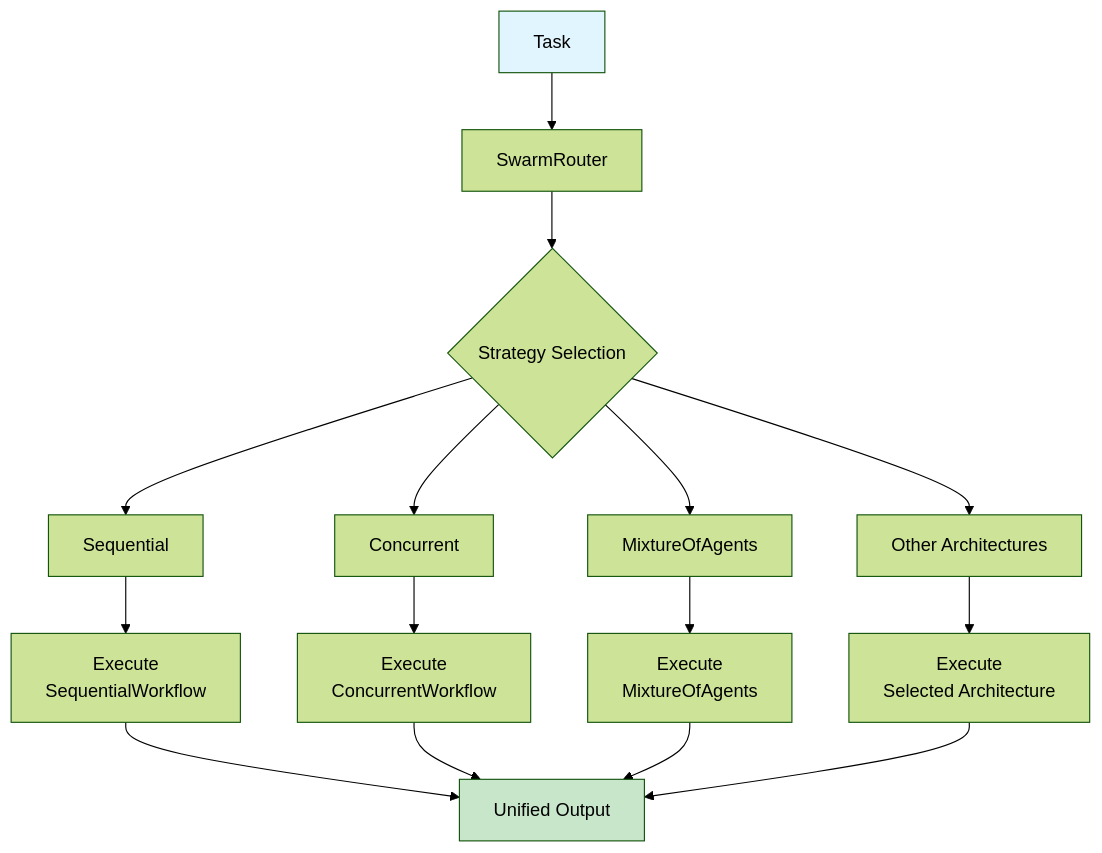
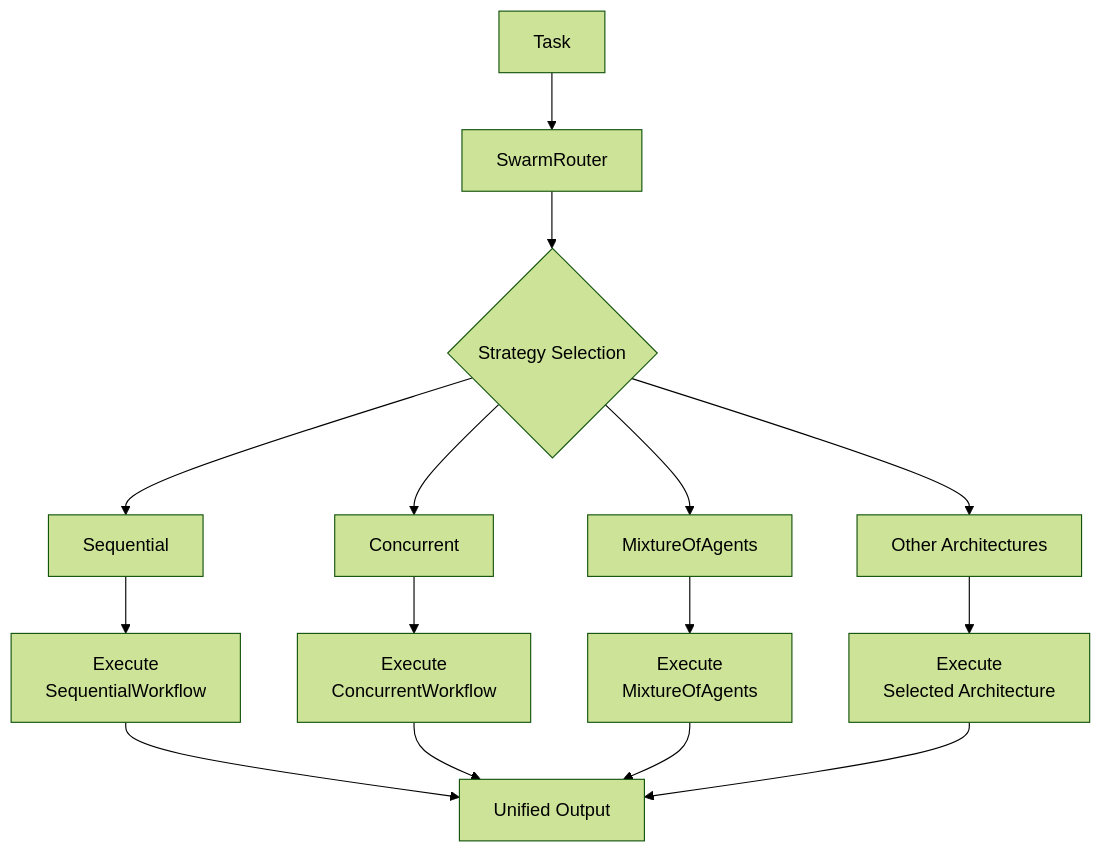
One commit to kyegomez/swarms changed the tenth of 12 diagrams in docs/swarms/concept/how_to_choose_swarms.md. Above: the diagram before and after it, drawn with Mermaid (forest theme). The commit also changed other lines of this file, not shown here.

````diff
--- a/docs/swarms/concept/how_to_choose_swarms.md
+++ b/docs/swarms/concept/how_to_choose_swarms.md
@@ -910,23 +892,21 @@
 ```mermaid
 graph TD
     A[Task] --> B[SwarmRouter]
 
     B --> C{Strategy Selection}
     C --> D[Sequential]
     C --> E[Concurrent]
     C --> F[MixtureOfAgents]
     C --> G[Other Architectures]
 
     D --> H[Execute<br/>SequentialWorkflow]
     E --> I[Execute<br/>ConcurrentWorkflow]
     F --> J[Execute<br/>MixtureOfAgents]
     G --> K[Execute<br/>Selected Architecture]
 
     H --> L[Unified Output]
     I --> L
     J --> L
     K --> L
 
-    style A fill:#e1f5fe
-    style L fill:#c8e6c9
 ```
````
